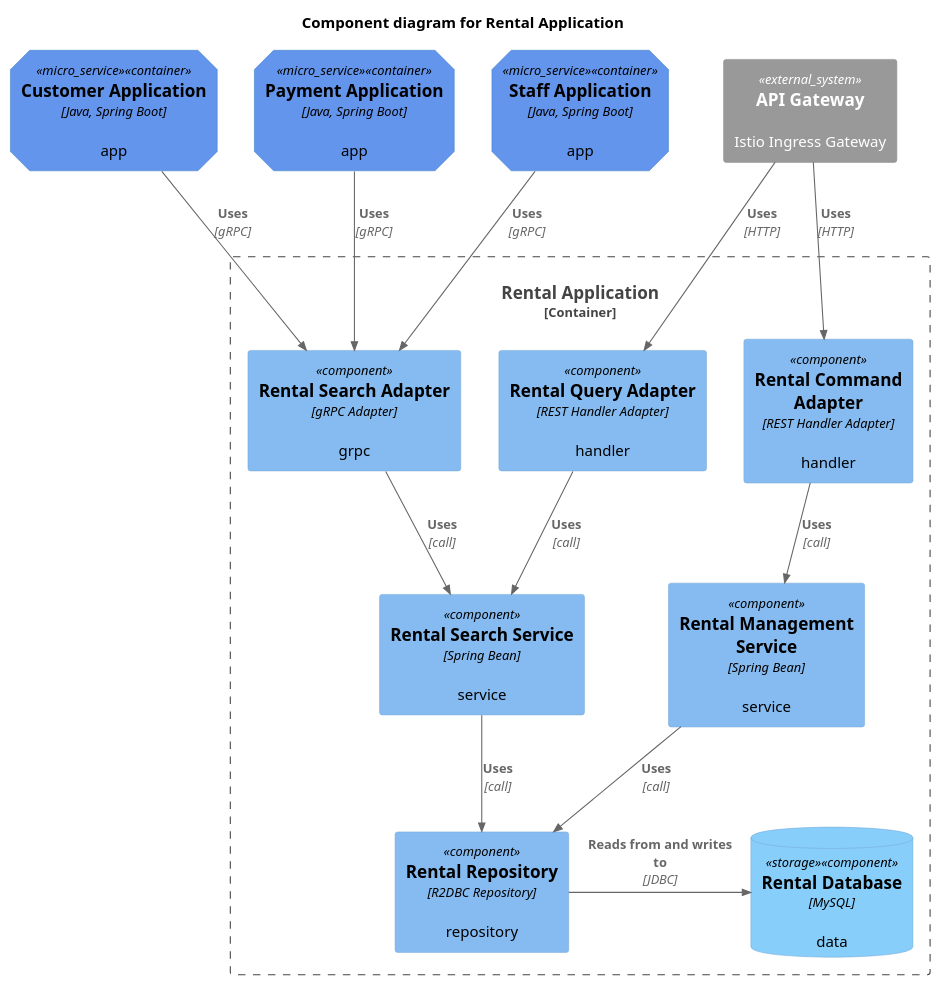
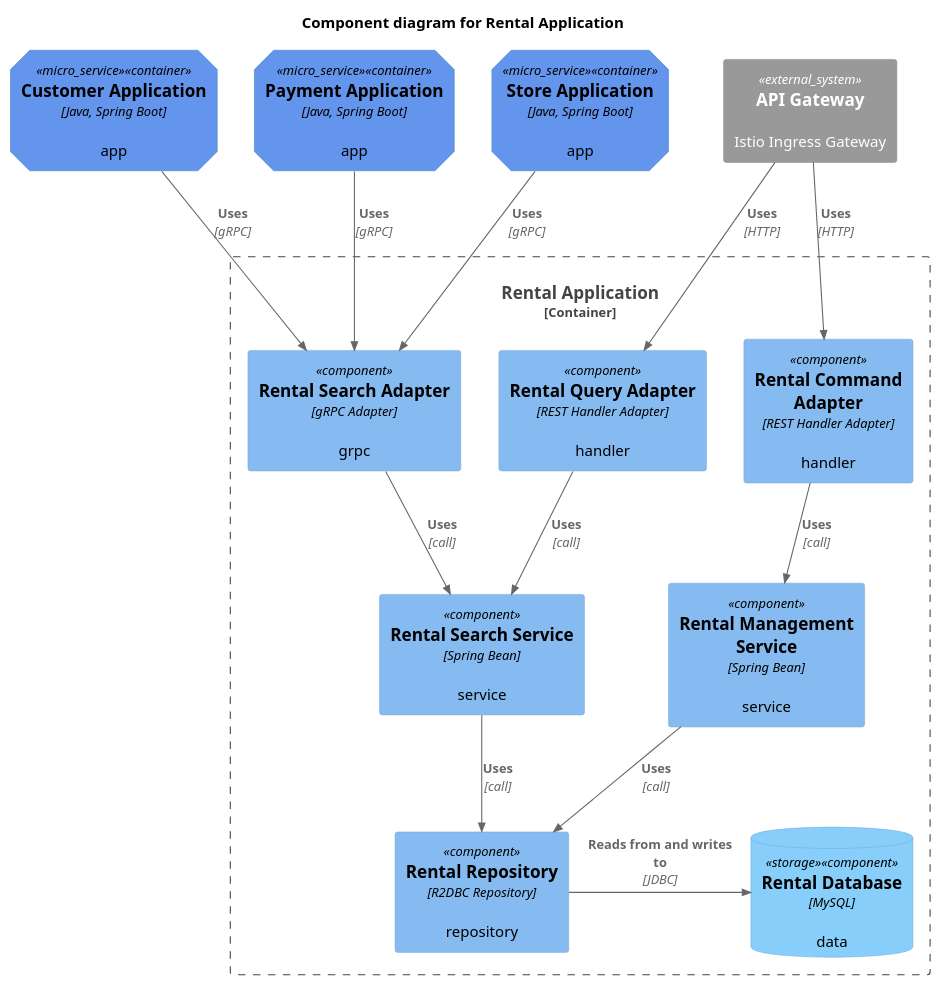
The diagram in diagram/component/rental-application.puml (codejsha/sakila-microservices), drawn with PlantUML before and after one commit. The commit also changed 33 other files, not shown here.

Commit message:
update architecture

```diff
--- a/diagram/component/rental-application.puml
+++ b/diagram/component/rental-application.puml
@@ -1,41 +1,41 @@
 @startuml "rental-application"
 !include https://raw.githubusercontent.com/plantuml-stdlib/C4-PlantUML/master/C4_Component.puml
 
 AddElementTag("micro_service", $shape=EightSidedShape(), $bgColor="CornflowerBlue", $fontColor="black", $legendText="micro service\neight sided")
 AddElementTag("storage", $shape=RoundedBoxShape(), $bgColor="lightSkyBlue", $fontColor="black")
 
 title Component diagram for Rental Application
 
 Container(customer_app, "Customer Application", "Java, Spring Boot", "app", $tags = "micro_service")
 Container(payment_app, "Payment Application", "Java, Spring Boot", "app", $tags = "micro_service")
-Container(staff_app, "Staff Application", "Java, Spring Boot", "app", $tags = "micro_service")
+Container(store_app, "Store Application", "Java, Spring Boot", "app", $tags = "micro_service")
 System_Ext(ingress_gateway, "API Gateway", "Istio Ingress Gateway")
 
 Container_Boundary(rental_app, "Rental Application") {
     Component(command_adapter, "Rental Command Adapter", "REST Handler Adapter", "handler")
     Component(query_adapter, "Rental Query Adapter", "REST Handler Adapter", "handler")
     Component(rental_search_adapter, "Rental Search Adapter", "gRPC Adapter", "grpc")
 
     Component(rental_mgmt_service, "Rental Management Service", "Spring Bean", "service")
     Component(rental_search_service, "Rental Search Service", "Spring Bean", "service")
     Component(rental_repository, "Rental Repository", "R2DBC Repository", "repository")
 
     ComponentDb(rental_db, "Rental Database", "MySQL", "data", $tags = "storage")
 
     Rel(command_adapter, rental_mgmt_service, "Uses", "call")
     Rel(query_adapter, rental_search_service, "Uses", "call")
     Rel(rental_search_adapter, rental_search_service, "Uses", "call")
 
     Rel(rental_mgmt_service, rental_repository, "Uses", "call")
     Rel(rental_search_service, rental_repository, "Uses", "call")
 
     Rel_R(rental_repository, rental_db, "Reads from and writes to", "JDBC")
 }
 
 Rel(customer_app, rental_search_adapter, "Uses", "gRPC")
 Rel(payment_app, rental_search_adapter, "Uses", "gRPC")
-Rel(staff_app, rental_search_adapter, "Uses", "gRPC")
+Rel(store_app, rental_search_adapter, "Uses", "gRPC")
 Rel(ingress_gateway, command_adapter, "Uses", "HTTP")
 Rel(ingress_gateway, query_adapter, "Uses", "HTTP")
 
 @enduml
```
